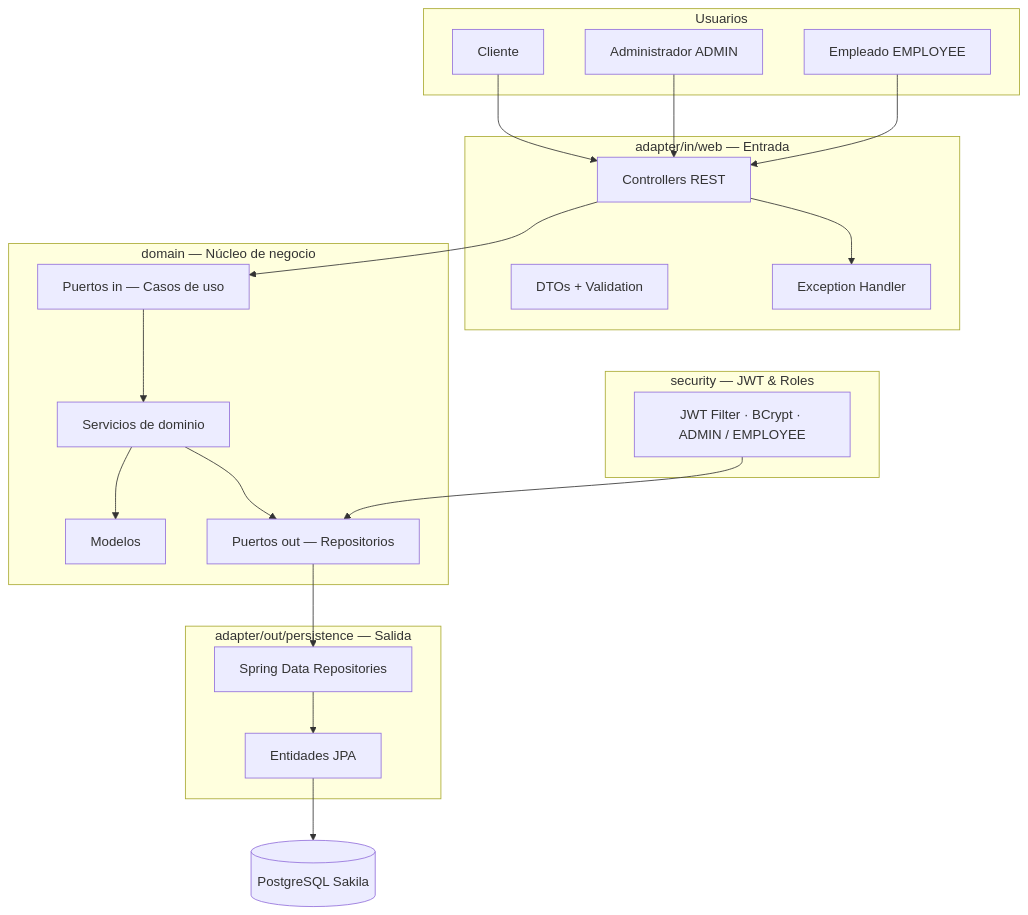
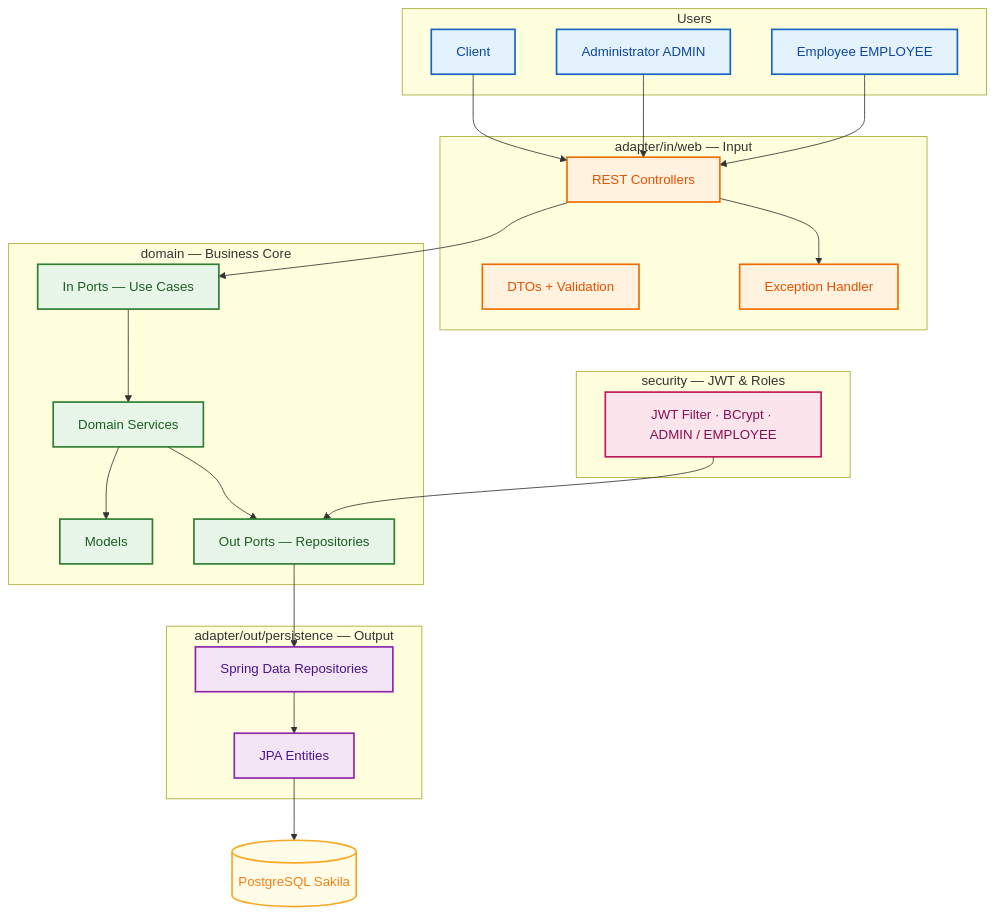
Before and after one commit to jeffersonmejia/sakila-spring-api: the diagram in README.md, drawn with Mermaid.

Commit message:
docs: translate architecture diagram to English with colors

````diff
--- a/README.md
+++ b/README.md
@@ -13,48 +13,62 @@
 ```mermaid
 flowchart TB
-  subgraph Users["Usuarios"]
-    A[Cliente]
-    B[Administrador ADMIN]
-    C[Empleado EMPLOYEE]
+  classDef userCls fill:#E3F2FD,stroke:#1565C0,color:#0D47A1,stroke-width:2px
+  classDef secCls fill:#FCE4EC,stroke:#C2185B,color:#880E4F,stroke-width:2px
+  classDef inCls fill:#FFF3E0,stroke:#EF6C00,color:#E65100,stroke-width:2px
+  classDef coreCls fill:#E8F5E9,stroke:#2E7D32,color:#1B5E20,stroke-width:2px
+  classDef outCls fill:#F3E5F5,stroke:#8E24AA,color:#4A148C,stroke-width:2px
+  classDef dbCls fill:#FFFDE7,stroke:#F9A825,color:#F57F17,stroke-width:2px
+
+  subgraph Users["Users"]
+    A[Client]
+    B[Administrator ADMIN]
+    C[Employee EMPLOYEE]
   end
 
   subgraph security["security — JWT & Roles"]
     N[JWT Filter · BCrypt · ADMIN / EMPLOYEE]
   end
 
-  subgraph adapters_in["adapter/in/web — Entrada"]
-    D[Controllers REST]
+  subgraph adapters_in["adapter/in/web — Input"]
+    D[REST Controllers]
     E[DTOs + Validation]
     F[Exception Handler]
   end
 
-  subgraph core["domain — Núcleo de negocio"]
-    G[Puertos in — Casos de uso]
-    I[Servicios de dominio]
-    J[Modelos]
-    H[Puertos out — Repositorios]
+  subgraph core["domain — Business Core"]
+    G[In Ports — Use Cases]
+    I[Domain Services]
+    J[Models]
+    H[Out Ports — Repositories]
   end
 
-  subgraph adapters_out["adapter/out/persistence — Salida"]
-    K[Entidades JPA]
+  subgraph adapters_out["adapter/out/persistence — Output"]
+    K[JPA Entities]
     L[Spring Data Repositories]
   end
 
   M[(PostgreSQL Sakila)]
 
   A --> D
   B --> D
   C --> D
 
   D --> G
   D --> F
   G --> I
   I --> H
   I --> J
 
   N --> H
 
   H --> L
   L --> K
   K --> M
+
+  class A,B,C userCls
+  class N secCls
+  class D,E,F inCls
+  class G,I,J,H coreCls
+  class K,L outCls
+  class M dbCls
 ```
````
